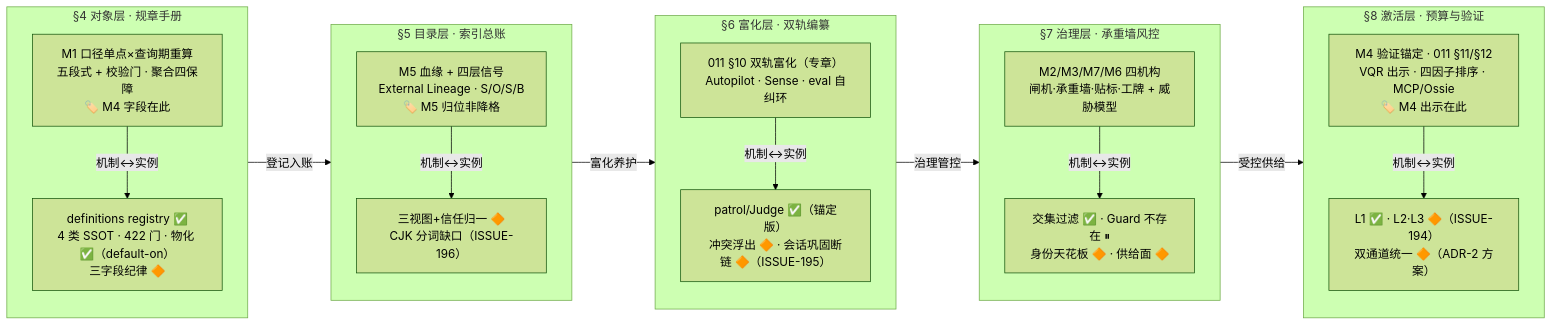
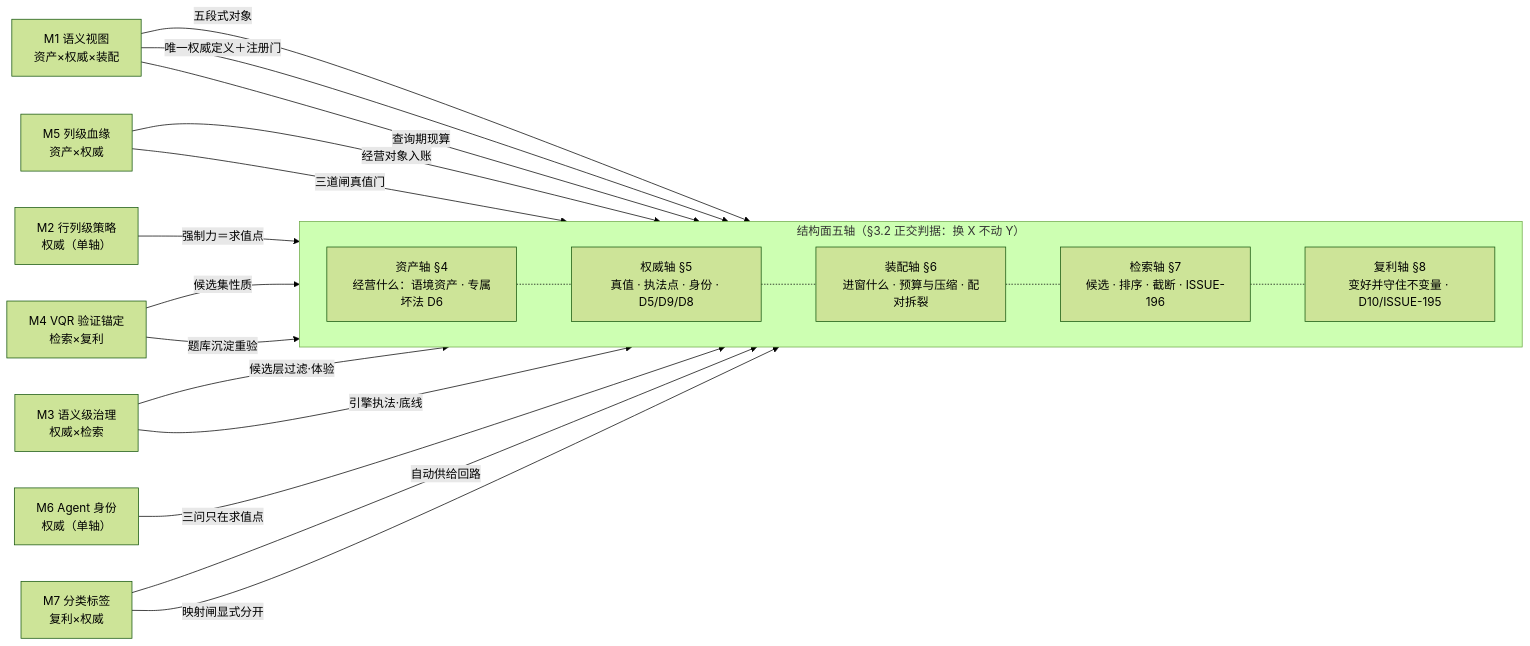
The diagram in docs/assets/mermaid/cognitive-context/context-layer-blueprint--layer-mechanism-map.mmd (ThreeFish-AI/negentropy), drawn with Mermaid (forest theme) before and after one commit. The commit also changed 324 other files, not shown here.

First line of the commit message:
Horizon Context 精读换代 + 013 Context Layer 蓝图三面重铸 + E1 科普视频完全重制 (#1180)

```diff
--- a/docs/assets/mermaid/cognitive-context/context-layer-blueprint--layer-mechanism-map.mmd
+++ b/docs/assets/mermaid/cognitive-context/context-layer-blueprint--layer-mechanism-map.mmd
@@ -1,39 +1,37 @@
-%%source: docs/research/cognitive-context/013-context-layer-blueprint.md §3.1 spine：层 × 机制 × 实例的总映射（结构轴五列；as-of 2026-09-27 @57987b28b 重核）
+%%source: docs/research/cognitive-context/013-context-layer-blueprint.md §3.3 机制＝接缝组合（M1–M7 轴向量矩阵：五轴为列、机制挂接缝）
 %%slug: cognitive-context/context-layer-blueprint--layer-mechanism-map
 %%type: architecture
-%%derived: archify architecture v1, authored fresh (五列×上下两排+生命周期链+映射边)
+%%derived: archify architecture v2, authored fresh（v1 五层×机制-实例对退役；新构型＝结构面五轴主链＋M1–M7 按轴向量挂接缝，M2/M6 单轴全落权威，无全轴机制、无落不进轴的机制）
 flowchart LR
-    subgraph OBJ["§4 对象层 · 规章手册"]
-        direction TB
-        OM["M1 口径单点×查询期重算<br/>五段式 + 校验门 · 聚合四保障<br/>🏷️ M4 字段在此"]
-        OI["definitions registry ✅<br/>4 类 SSOT · 422 门 · 物化 ✅（default-on）<br/>三字段纪律 🔶"]
-        OM -->|机制↔实例| OI
+    subgraph SPINE["结构面五轴（§3.2 正交判据：换 X 不动 Y）"]
+        direction LR
+        A1["资产轴 §4<br/>经营什么：语境资产 · 专属坏法 D6"]
+        A2["权威轴 §5<br/>真值 · 执法点 · 身份 · D5/D9/D8"]
+        A3["装配轴 §6<br/>进窗什么 · 预算与压缩 · 配对拆裂"]
+        A4["检索轴 §7<br/>候选 · 排序 · 截断 · ISSUE-196"]
+        A5["复利轴 §8<br/>变好并守住不变量 · D10/ISSUE-195"]
     end
-    subgraph CAT["§5 目录层 · 索引总账"]
-        direction TB
-        CM["M5 血缘 + 四层信号<br/>External Lineage · S/O/S/B<br/>🏷️ M5 归位非降格"]
-        CI["三视图+信任归一 🔶<br/>CJK 分词缺口（ISSUE-196）"]
-        CM -->|机制↔实例| CI
-    end
-    subgraph ENR["§6 富化层 · 双轨编纂"]
-        direction TB
-        EM["011 §10 双轨富化（专章）<br/>Autopilot · Sense · eval 自纠环"]
-        EI["patrol/Judge ✅（锚定版）<br/>冲突浮出 🔶 · 会话巩固断链 🔶（ISSUE-195）"]
-        EM -->|机制↔实例| EI
-    end
-    subgraph GOV["§7 治理层 · 承重墙风控"]
-        direction TB
-        GM["M2/M3/M7/M6 四机构<br/>闸机·承重墙·贴标·工牌 + 威胁模型"]
-        GI["交集过滤 ✅ · Guard 不存在 ⏸<br/>身份天花板 🔶 · 供给面 🔶"]
-        GM -->|机制↔实例| GI
-    end
-    subgraph ACT["§8 激活层 · 预算与验证"]
-        direction TB
-        AM["M4 验证锚定 · 011 §11/§12<br/>VQR 出示 · 四因子排序 · MCP/Ossie<br/>🏷️ M4 出示在此"]
-        AI["L1 ✅ · L2·L3 🔶（ISSUE-194）<br/>双通道统一 🔶（ADR-2 方案）"]
-        AM -->|机制↔实例| AI
-    end
-    OM -->|登记入账| CM
-    CM -->|富化养护| EM
-    EM -->|治理管控| GM
-    GM -->|受控供给| AM
+    M1["M1 语义视图<br/>资产×权威×装配"]
+    M5["M5 列级血缘<br/>资产×权威"]
+    M2["M2 行列级策略<br/>权威（单轴）"]
+    M4["M4 VQR 验证锚定<br/>检索×复利"]
+    M3["M3 语义级治理<br/>权威×检索"]
+    M6["M6 Agent 身份<br/>权威（单轴）"]
+    M7["M7 分类标签<br/>复利×权威"]
+    A1 -.- A2
+    A2 -.- A3
+    A3 -.- A4
+    A4 -.- A5
+    M1 -->|五段式对象| A1
+    M1 -->|唯一权威定义＋注册门| A2
+    M1 -->|查询期现算| A3
+    M5 -->|经营对象入账| A1
+    M5 -->|三道闸真值门| A2
+    M2 -->|强制力＝求值点| A2
+    M4 -->|候选集性质| A4
+    M4 -->|题库沉淀重验| A5
+    M3 -->|候选层过滤·体验| A4
+    M3 -->|引擎执法·底线| A2
+    M6 -->|三问只在求值点| A2
+    M7 -->|自动供给回路| A5
+    M7 -->|映射闸显式分开| A2
```
